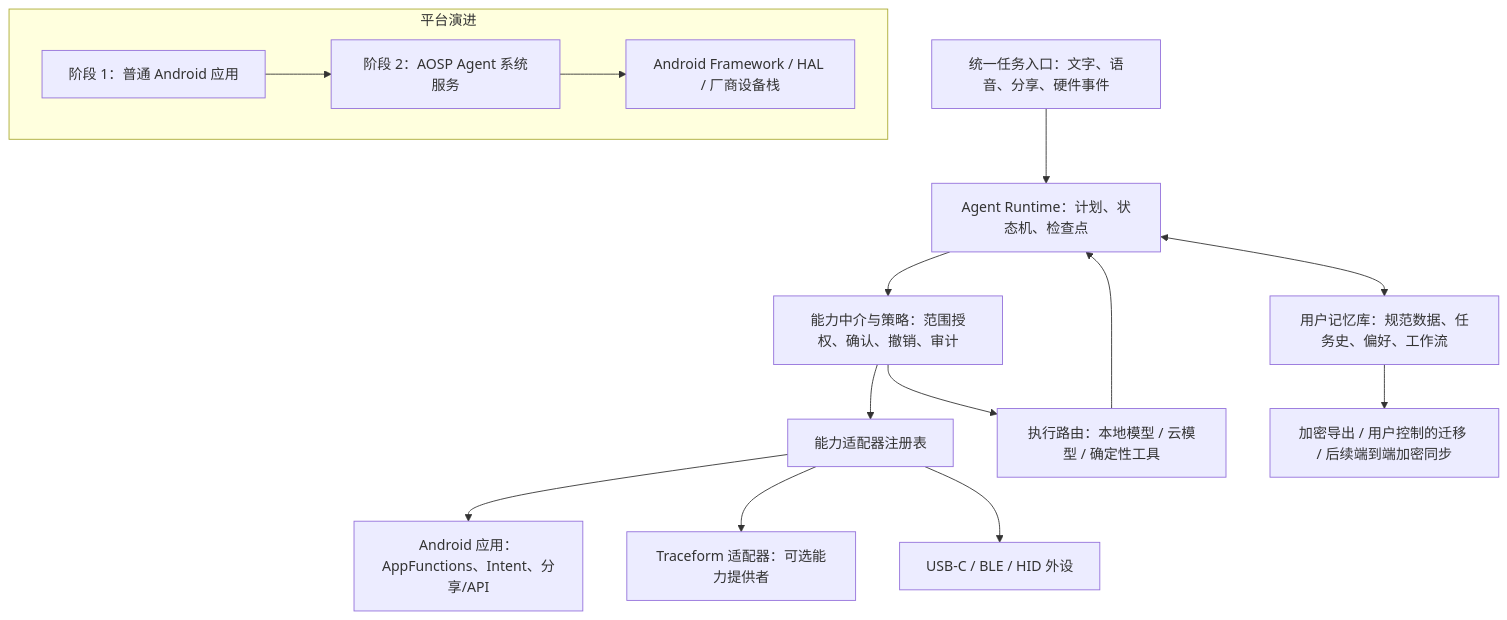
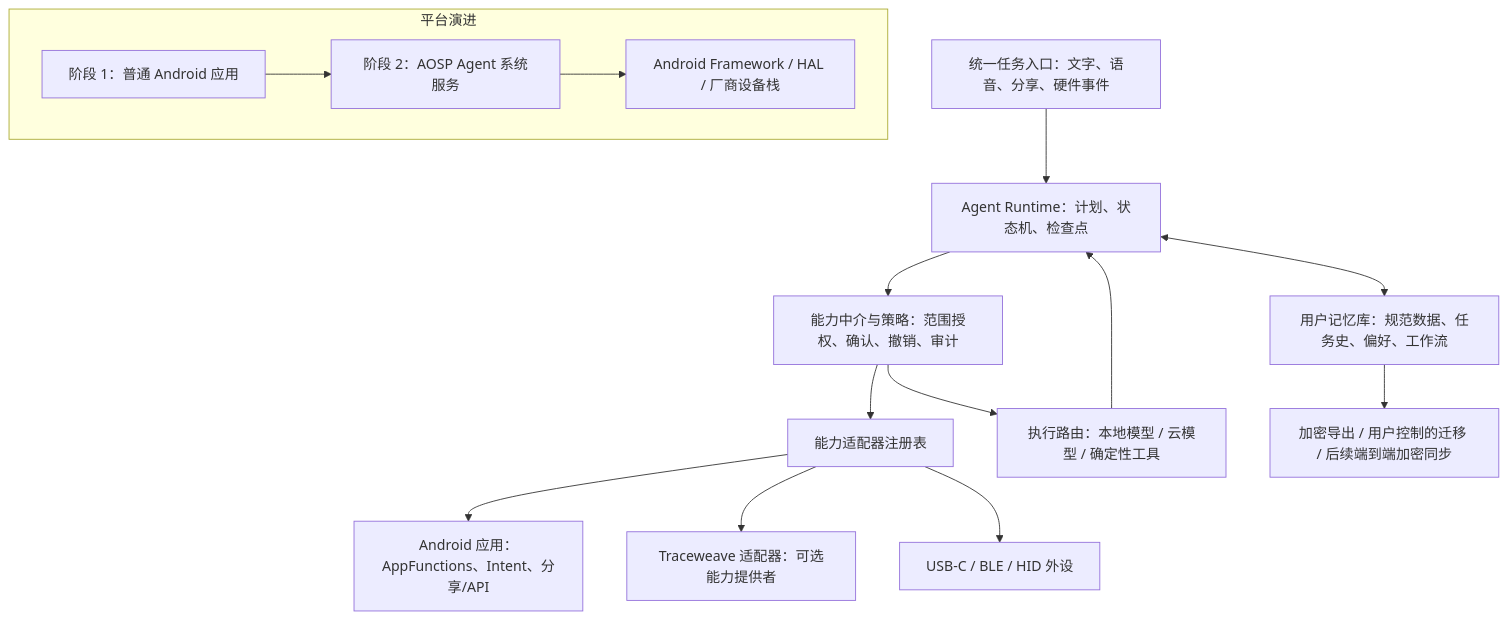
The diagram in docs/agent_os_development_plan.md (haeliotang/traceweave), drawn with Mermaid before and after one commit. The commit also changed other lines of this file and 73 other files, not shown here.

````diff
--- a/docs/agent_os_development_plan.md
+++ b/docs/agent_os_development_plan.md
@@ -65,17 +65,17 @@
 ```mermaid
 flowchart TB
   UI[统一任务入口：文字、语音、分享、硬件事件] --> RT[Agent Runtime：计划、状态机、检查点]
   RT --> PB[能力中介与策略：范围授权、确认、撤销、审计]
   RT <--> MV[用户记忆库：规范数据、任务史、偏好、工作流]
   PB --> CAP[能力适配器注册表]
   CAP --> APP[Android 应用：AppFunctions、Intent、分享/API]
-  CAP --> TF[Traceform 适配器：可选能力提供者]
+  CAP --> TF[Traceweave 适配器：可选能力提供者]
   CAP --> HW[USB-C / BLE / HID 外设]
   PB --> ROUTER[执行路由：本地模型 / 云模型 / 确定性工具]
   ROUTER --> RT
   MV --> EXPORT[加密导出 / 用户控制的迁移 / 后续端到端加密同步]
   subgraph PLATFORM[平台演进]
     APPBASE[阶段 1：普通 Android 应用] --> SYS[阶段 2：AOSP Agent 系统服务]
     SYS --> HAL[Android Framework / HAL / 厂商设备栈]
   end
 ```
````
